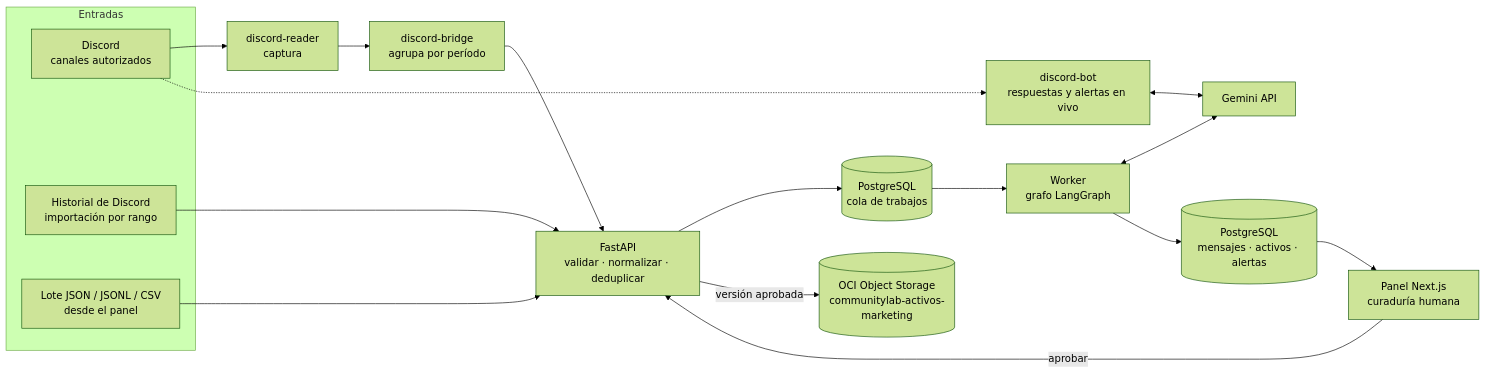
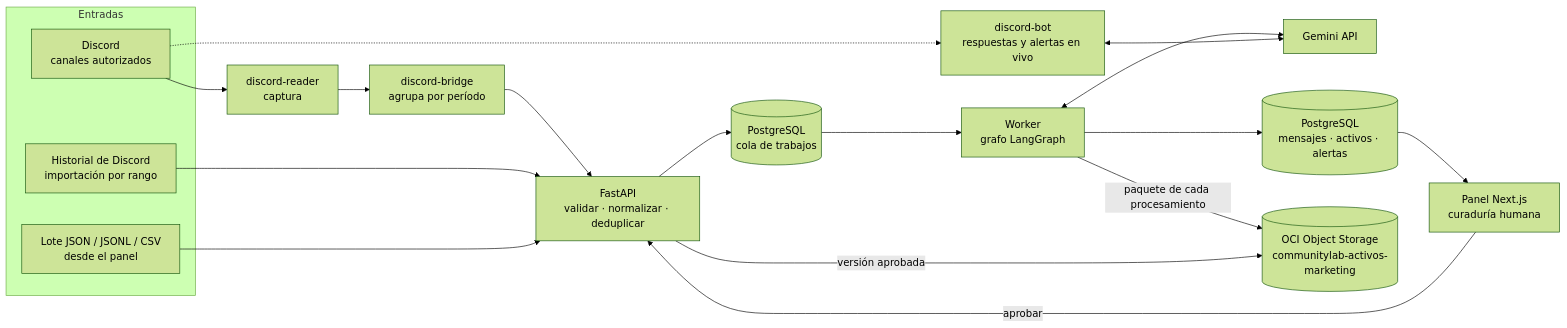
One commit to No-Country-simulation/G10-CommunityLabE32 changed the first of 3 diagrams in README.md. Above: the diagram before and after it, drawn with Mermaid (forest theme). The commit also changed other lines of this file and 1 other file, not shown here.

````diff
--- a/README.md
+++ b/README.md
@@ -83,26 +108,27 @@
 ```mermaid
 flowchart LR
     subgraph Entradas
         D[Discord<br/>canales autorizados]
         H[Historial de Discord<br/>importación por rango]
         F[Lote JSON / JSONL / CSV<br/>desde el panel]
     end
 
     D --> R[discord-reader<br/>captura]
     R --> B[discord-bridge<br/>agrupa por período]
     B --> API
     H --> API
     F --> API
 
     API[FastAPI<br/>validar · normalizar · deduplicar] --> Q[(PostgreSQL<br/>cola de trabajos)]
     Q --> W[Worker<br/>grafo LangGraph]
     W <--> G[Gemini API]
     W --> PG[(PostgreSQL<br/>mensajes · activos · alertas)]
+    W -->|paquete de cada procesamiento| OCI[(OCI Object Storage<br/>communitylab-activos-marketing)]
 
     PG --> UI[Panel Next.js<br/>curaduría humana]
     UI -->|aprobar| API
-    API -->|versión aprobada| OCI[(OCI Object Storage<br/>communitylab-activos-marketing)]
+    API -->|versión aprobada| OCI
 
     D -.-> BOT[discord-bot<br/>respuestas y alertas en vivo]
     BOT <--> G
 ```
````
